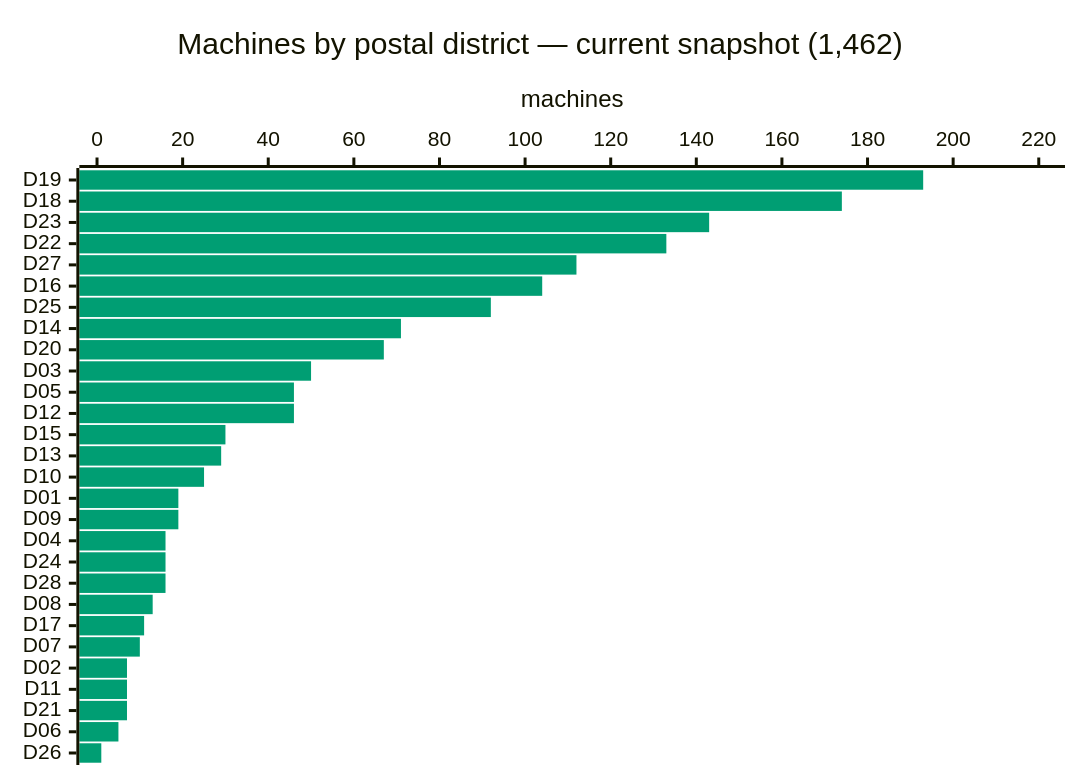
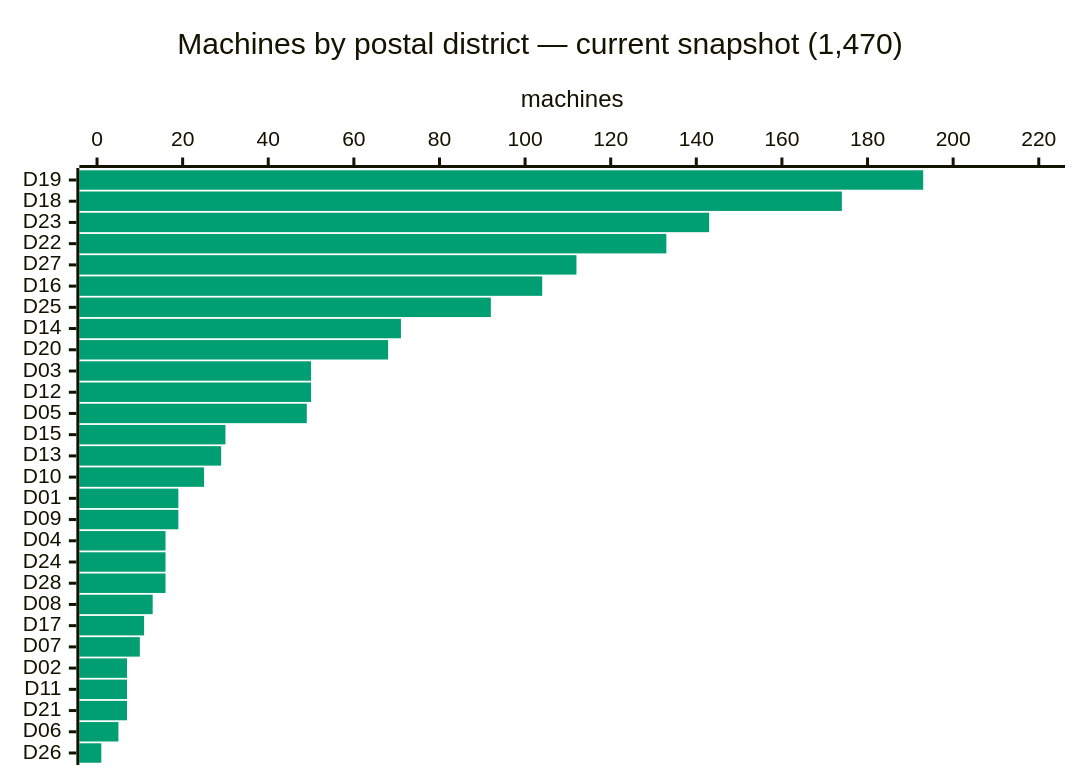
One commit to cheeaun/returnright-data changed the third of 5 diagrams in ANALYSIS.md. Above: the diagram before and after it, drawn with Mermaid. The commit also changed other lines of this file and 4 other files, not shown here.

````diff
--- a/ANALYSIS.md
+++ b/ANALYSIS.md
@@ -90,16 +90,16 @@
 ```mermaid
 ---
 config:
   themeVariables:
     xyChart:
       plotColorPalette: "#009E73"
   xyChart:
     chartOrientation: "horizontal"
     plotReservedSpacePercent: 40
 ---
 xychart-beta
-    title "Machines by postal district — current snapshot (1,462)"
-    x-axis ["D19", "D18", "D23", "D22", "D27", "D16", "D25", "D14", "D20", "D03", "D05", "D12", "D15", "D13", "D10", "D01", "D09", "D04", "D24", "D28", "D08", "D17", "D07", "D02", "D11", "D21", "D06", "D26"]
+    title "Machines by postal district — current snapshot (1,470)"
+    x-axis ["D19", "D18", "D23", "D22", "D27", "D16", "D25", "D14", "D20", "D03", "D12", "D05", "D15", "D13", "D10", "D01", "D09", "D04", "D24", "D28", "D08", "D17", "D07", "D02", "D11", "D21", "D06", "D26"]
     y-axis "machines" 0 --> 222
-    bar [193, 174, 143, 133, 112, 104, 92, 71, 67, 50, 46, 46, 30, 29, 25, 19, 19, 16, 16, 16, 13, 11, 10, 7, 7, 7, 5, 1]
+    bar [193, 174, 143, 133, 112, 104, 92, 71, 68, 50, 50, 49, 30, 29, 25, 19, 19, 16, 16, 16, 13, 11, 10, 7, 7, 7, 5, 1]
 ```
````
